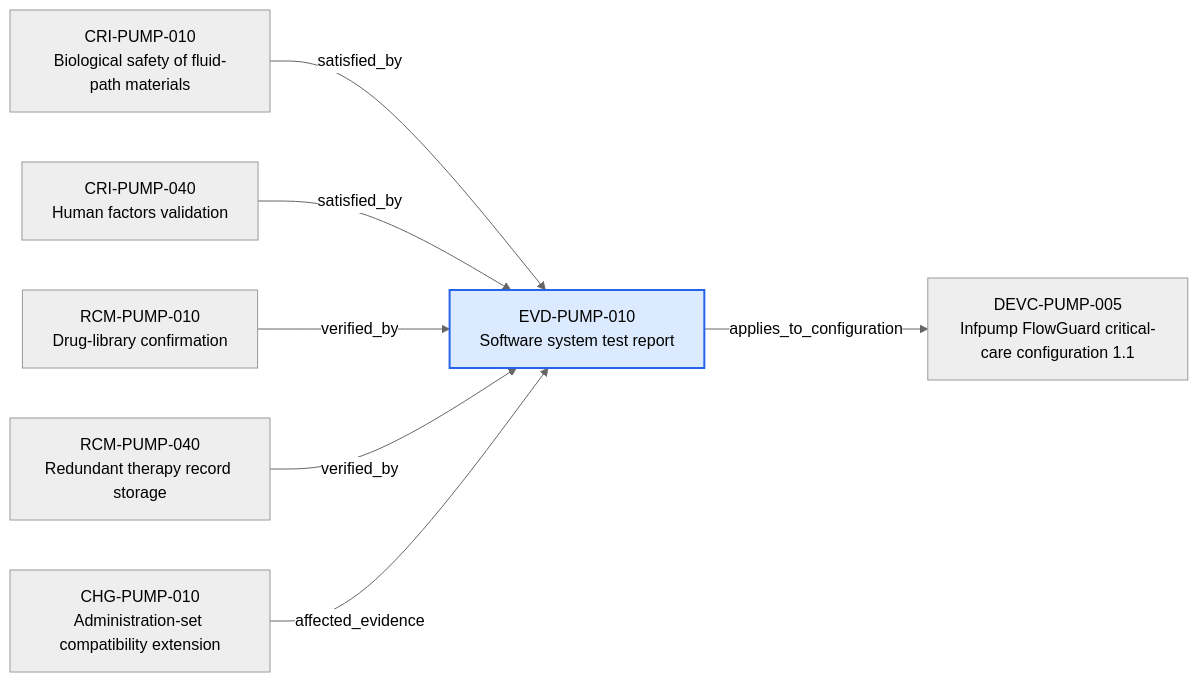
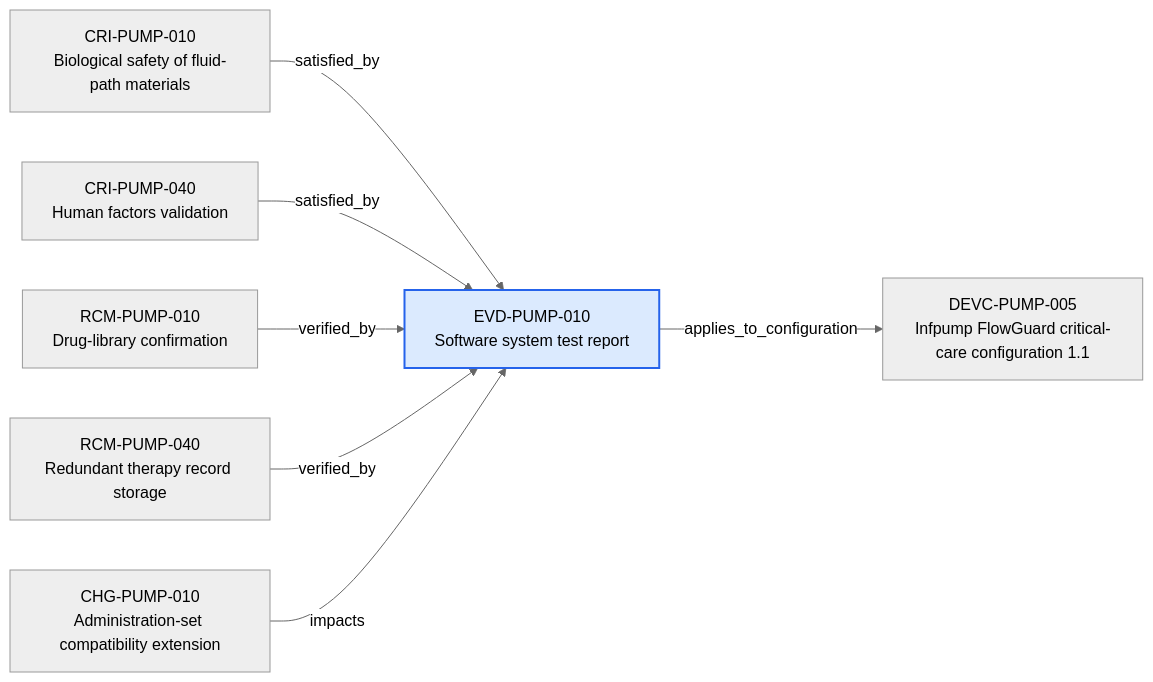
The diagram in content/06-Infpump FlowGuard ontology notes/verification-evidence/EVD-PUMP-010-software-system-test-report.md (mvattulainen/mdrontology), drawn with Mermaid (neutral theme) before and after one commit. The commit also changed other lines of this file and 321 other files, not shown here.

Commit message:
Implement Mermaid ontology audit findings

````diff
--- a/content/06-Infpump FlowGuard ontology notes/verification-evidence/EVD-PUMP-010-software-system-test-report.md
+++ b/content/06-Infpump FlowGuard ontology notes/verification-evidence/EVD-PUMP-010-software-system-test-report.md
@@ -73,18 +73,18 @@
 ```mermaid
 flowchart LR
   CURRENT["EVD-PUMP-010<br/>Software system test report"]
   PREV0["CRI-PUMP-010<br/>Biological safety of fluid-path materials"]
   PREV0 -->|"satisfied_by"| CURRENT
   PREV1["CRI-PUMP-040<br/>Human factors validation"]
   PREV1 -->|"satisfied_by"| CURRENT
   PREV2["RCM-PUMP-010<br/>Drug-library confirmation"]
   PREV2 -->|"verified_by"| CURRENT
   PREV3["RCM-PUMP-040<br/>Redundant therapy record storage"]
   PREV3 -->|"verified_by"| CURRENT
   PREV4["CHG-PUMP-010<br/>Administration-set compatibility extension"]
-  PREV4 -->|"affected_evidence"| CURRENT
+  PREV4 -->|"impacts"| CURRENT
   NEXT0["DEVC-PUMP-005<br/>Infpump FlowGuard critical-care configuration 1.1"]
   CURRENT -->|"applies_to_configuration"| NEXT0
   classDef current fill:#dbeafe,stroke:#2563eb,stroke-width:2px
   class CURRENT current
 ```
````
